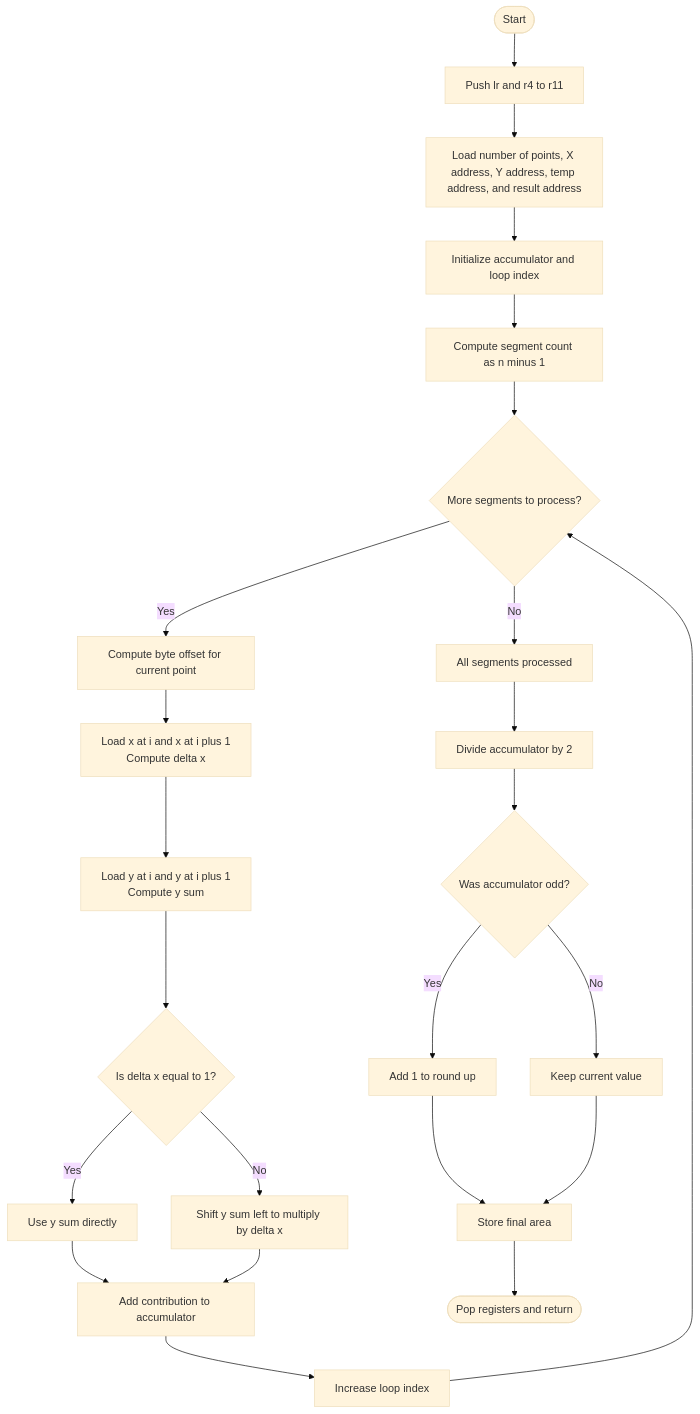
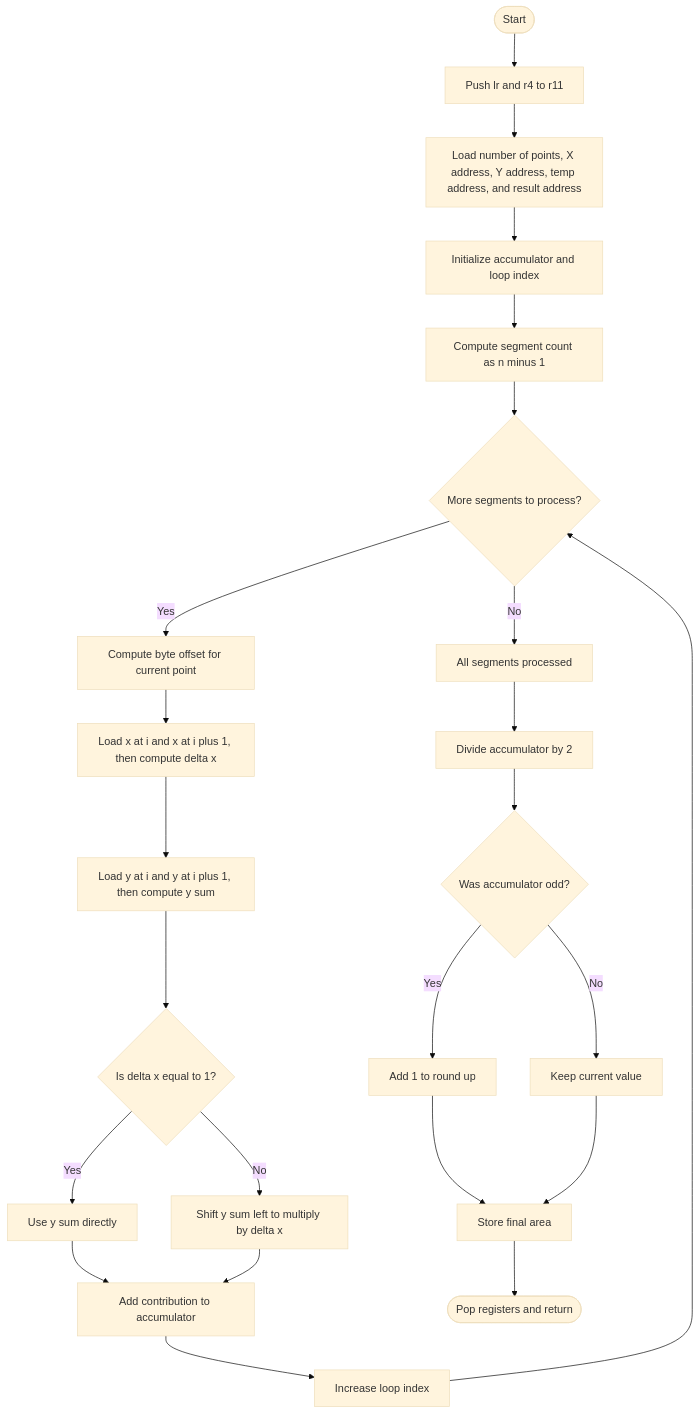
Before and after one commit to Jxdul/ECE-212: the diagram in Lab/Lab2/finalsubmission/flowcharts/Lab2b_L432KC_flowchart.md, drawn with Mermaid (base theme). The commit also changed 1 other file, not shown here.

Commit message:
Updating the flowcharts

````diff
--- a/Lab/Lab2/finalsubmission/flowcharts/Lab2b_L432KC_flowchart.md
+++ b/Lab/Lab2/finalsubmission/flowcharts/Lab2b_L432KC_flowchart.md
@@ -3,28 +3,28 @@
 ```mermaid
 flowchart TD
     A([Start]) --> B[Push lr and r4 to r11]
     B --> C[Load number of points, X address, Y address, temp address, and result address]
     C --> D[Initialize accumulator and loop index]
     D --> E[Compute segment count as n minus 1]
 
     E --> F{More segments to process?}
     F -->|Yes| G[Compute byte offset for current point]
-    G --> H[Load x at i and x at i plus 1<br/>Compute delta x]
-    H --> I[Load y at i and y at i plus 1<br/>Compute y sum]
+    G --> H[Load x at i and x at i plus 1, then compute delta x]
+    H --> I[Load y at i and y at i plus 1, then compute y sum]
     I --> J{Is delta x equal to 1?}
     J -->|Yes| K[Use y sum directly]
     J -->|No| L[Shift y sum left to multiply by delta x]
     K --> M[Add contribution to accumulator]
     L --> M
     M --> N[Increase loop index]
     N --> F
 
     F -->|No| O[All segments processed]
     O --> P[Divide accumulator by 2]
     P --> Q{Was accumulator odd?}
     Q -->|Yes| R[Add 1 to round up]
     Q -->|No| S[Keep current value]
     R --> T[Store final area]
     S --> T
     T --> U([Pop registers and return])
 ```
````
